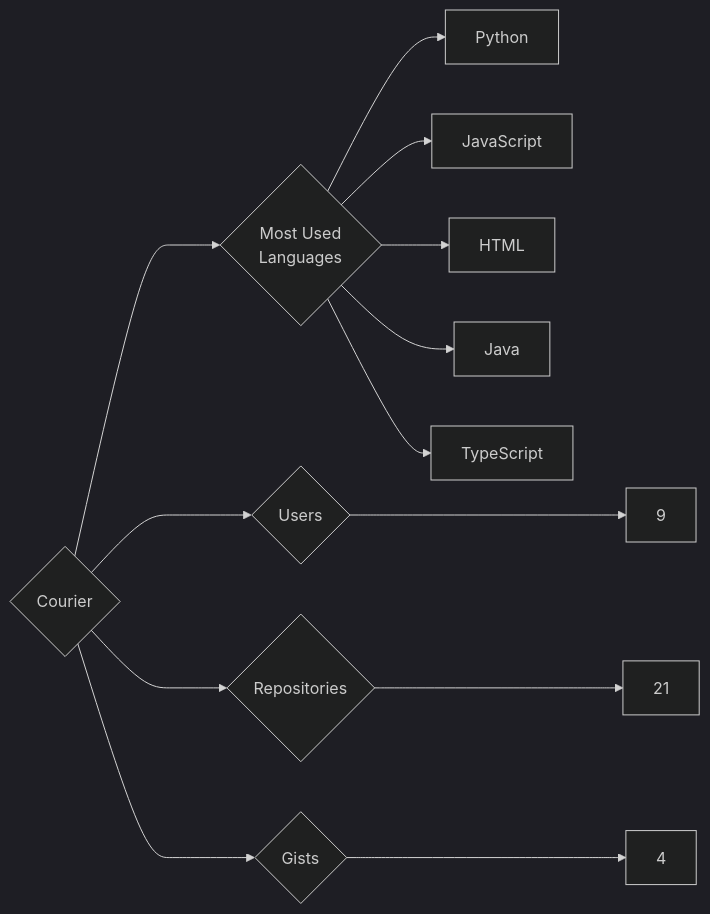
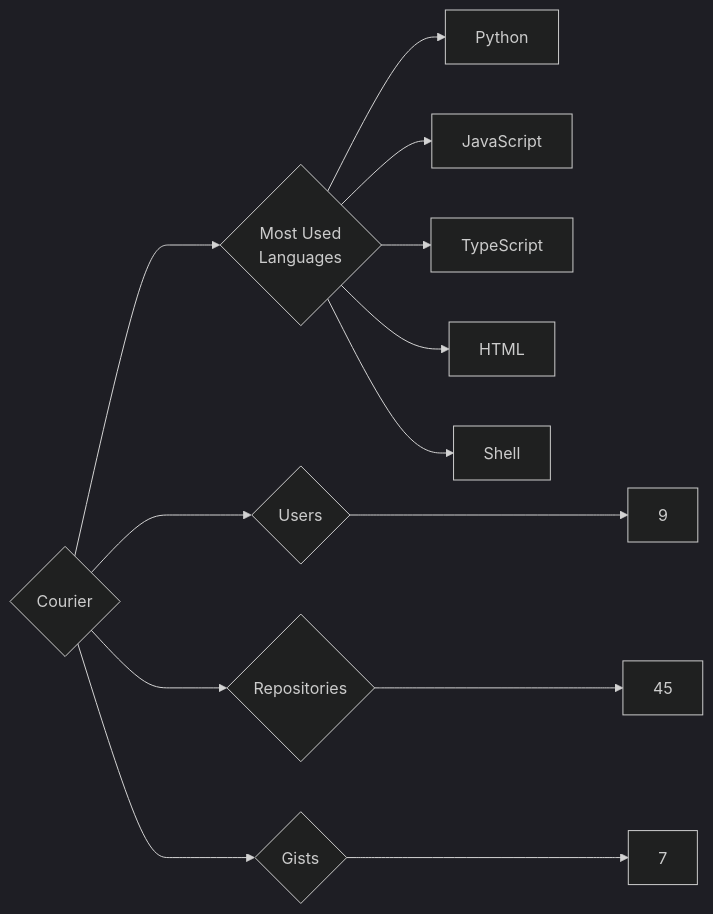
Before and after one commit to trickest/insiders: the diagram in targets/Courier/README.md, drawn with Mermaid (dark theme). The commit also changed 682 other files, not shown here.

````diff
--- a/targets/Courier/README.md
+++ b/targets/Courier/README.md
@@ -3,13 +3,13 @@
 ```mermaid
 graph LR
 COMPANY_NAME{Courier}
 COMPANY_NAME ---> U{Users} ---> UN[9]
-COMPANY_NAME ---> R{Repositories} ---> RN[21]
-COMPANY_NAME ---> G{Gists} ---> GN[4]
+COMPANY_NAME ---> R{Repositories} ---> RN[45]
+COMPANY_NAME ---> G{Gists} ---> GN[7]
 COMPANY_NAME ---> ML{Most Used<br>Languages}
 ML --> Python[Python]
 ML --> JavaScript[JavaScript]
+ML --> TypeScript[TypeScript]
 ML --> HTML[HTML]
-ML --> Java[Java]
-ML --> TypeScript[TypeScript]
+ML --> Shell[Shell]
 ```
````
